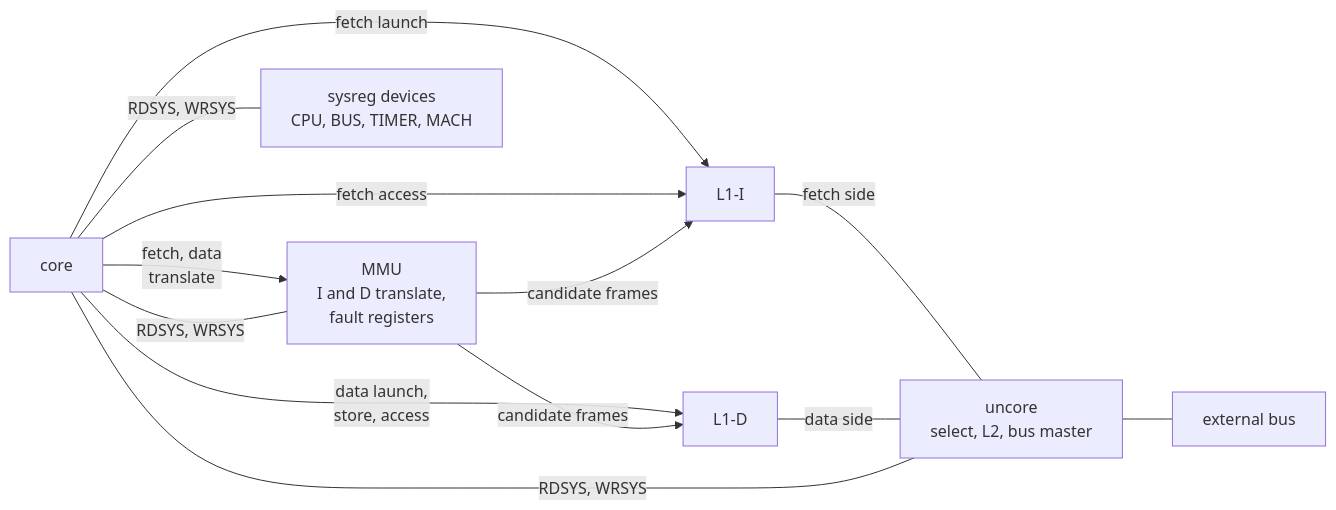
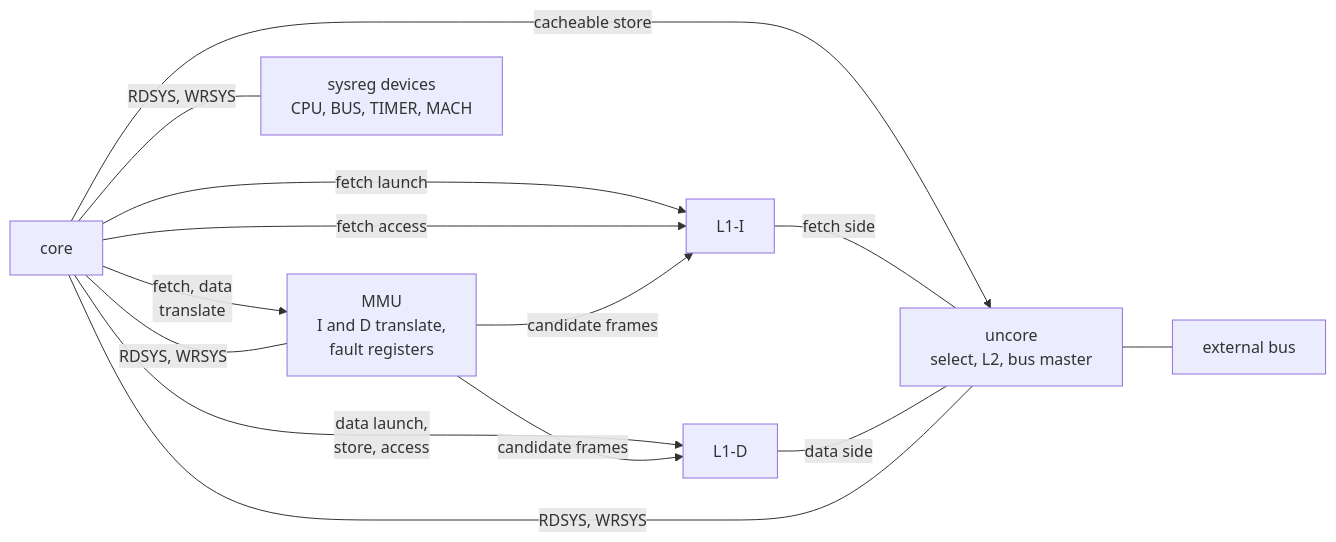
The diagram in doc/internals/penumbra3/machine.md (lonemeow/penumbra-minicomputer), drawn with Mermaid before and after one commit. The commit also changed other lines of this file and 5 other files, not shown here.

````diff
--- a/doc/internals/penumbra3/machine.md
+++ b/doc/internals/penumbra3/machine.md
@@ -15,22 +15,23 @@
 ```mermaid
 graph LR
     CORE["core"]
     MMU["MMU<br/>I and D translate,<br/>fault registers"]
     L1I["L1-I"]
     L1D["L1-D"]
     UC["uncore<br/>select, L2, bus master"]
     DEV["sysreg devices<br/>CPU, BUS, TIMER, MACH"]
     BUS["external bus"]
     CORE -->|"fetch launch"| L1I
     CORE -->|"fetch, data<br/>translate"| MMU
     CORE -->|"data launch,<br/>store, access"| L1D
     CORE -->|"fetch access"| L1I
+    CORE -->|"cacheable store"| UC
     MMU -->|"candidate frames"| L1I
     MMU -->|"candidate frames"| L1D
     L1I ---|"fetch side"| UC
     L1D ---|"data side"| UC
     UC --- BUS
     CORE ---|"RDSYS, WRSYS"| DEV
     CORE ---|"RDSYS, WRSYS"| MMU
     CORE ---|"RDSYS, WRSYS"| UC
 ```
````
